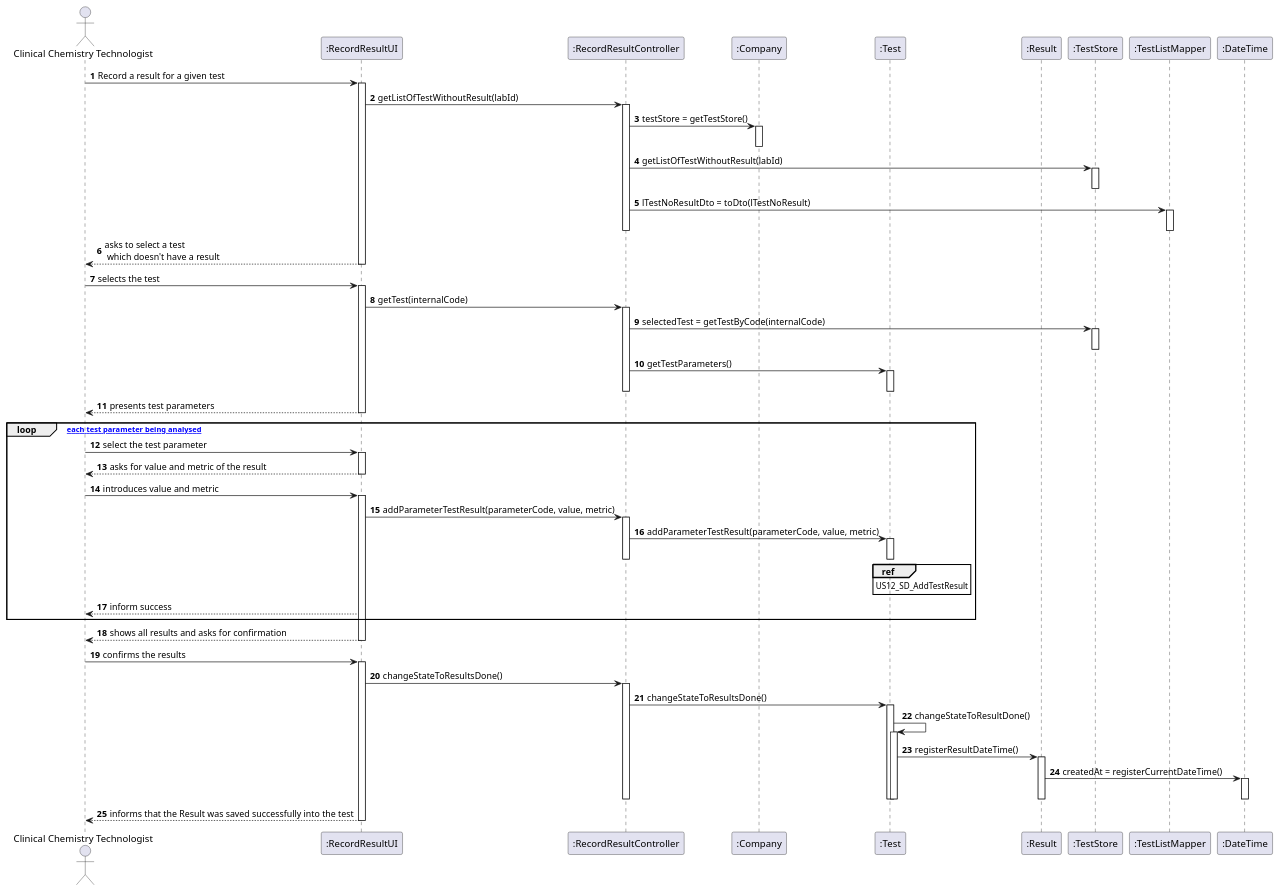
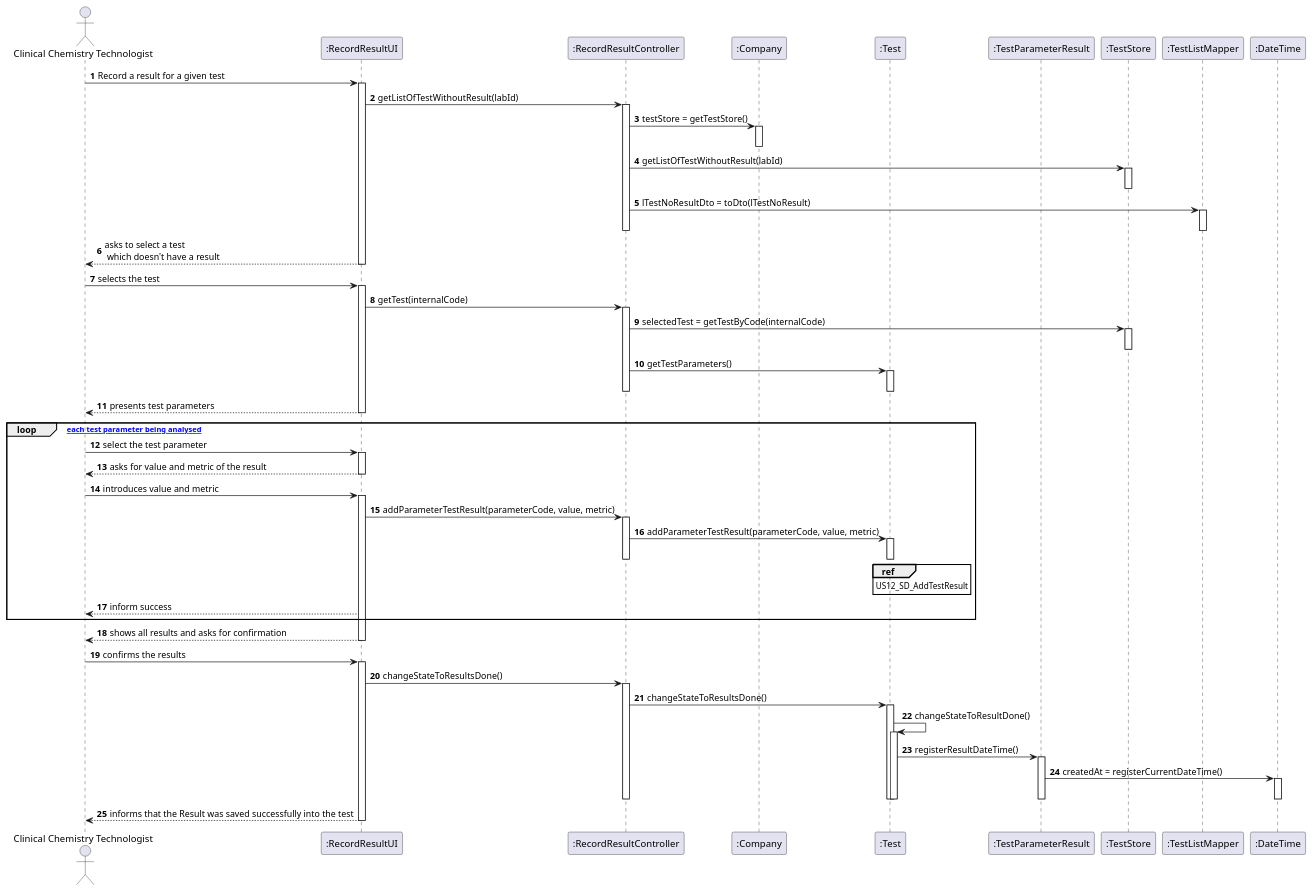
Before and after one commit to GuilhermeCunha79/lapr2: the diagram in docs/SprintC/US12/US12_SD_1.puml, drawn with PlantUML. The commit also changed 6 other files, not shown here.

Commit message:
Update of the diagrams [UC-12] [Design]

```diff
--- a/docs/SprintC/US12/US12_SD_1.puml
+++ b/docs/SprintC/US12/US12_SD_1.puml
@@ -1,86 +1,86 @@
 @startuml
 'https://plantuml.com/sequence-diagram
 
 autonumber
 
 actor "Clinical Chemistry Technologist" as CCT
 participant ":RecordResultUI" as UI
 participant ":RecordResultController" as CTRL
 participant ":Company" as COMP
 participant ":Test" as T
-participant ":Result" as RPRT
+participant ":TestParameterResult" as TPR
 participant ":TestStore" as TS
 participant ":TestListMapper" as TLM
 participant ":DateTime" as DT
 
 CCT -> UI : Record a result for a given test
 activate UI
 UI -> CTRL :  getListOfTestWithoutResult(labId)
     activate CTRL
         CTRL -> COMP : testStore = getTestStore()
         activate COMP
         deactivate COMP
         CTRL -> TS : getListOfTestWithoutResult(labId)
         activate TS
         deactivate TS
         CTRL -> TLM : lTestNoResultDto = toDto(lTestNoResult)
         activate TLM
         deactivate TLM
     deactivate CTRL
 UI --> CCT : asks to select a test \n which doesn't have a result
 deactivate UI
 CCT -> UI : selects the test
 activate UI
 UI -> CTRL : getTest(internalCode)
     activate CTRL
         CTRL -> TS : selectedTest = getTestByCode(internalCode)
         activate TS
         deactivate TS
         CTRL -> T : getTestParameters()
         activate T
         deactivate T
     deactivate CTRL
 UI --> CCT : presents test parameters
 deactivate UI
 loop [for each test parameter being analysed]
 CCT -> UI : select the test parameter
 activate UI
 UI --> CCT : asks for value and metric of the result
 deactivate UI
 CCT -> UI : introduces value and metric
 activate UI
 UI -> CTRL : addParameterTestResult(parameterCode, value, metric)
     activate CTRL
         CTRL -> T : addParameterTestResult(parameterCode, value, metric)
         activate T
         ref over T
             US12_SD_AddTestResult
         end ref
         deactivate T
     deactivate CTRL
 UI --> CCT : inform success
 
 end loop
 UI --> CCT : shows all results and asks for confirmation
 deactivate UI
 CCT -> UI : confirms the results
 activate UI
 UI -> CTRL : changeStateToResultsDone()
     activate CTRL
         CTRL -> T : changeStateToResultsDone()
         activate T
             T -> T : changeStateToResultDone()
             activate T
-                T -> RPRT : registerResultDateTime()
-                activate RPRT
-                    RPRT -> DT : createdAt = registerCurrentDateTime()
+                T -> TPR : registerResultDateTime()
+                activate TPR
+                    TPR -> DT : createdAt = registerCurrentDateTime()
                     activate DT
                     deactivate DT
-                deactivate RPRT
+                deactivate TPR
             deactivate T
         deactivate T
     deactivate CTRL
 UI --> CCT : informs that the Result was saved successfully into the test
 deactivate UI
 
 @enduml
```
